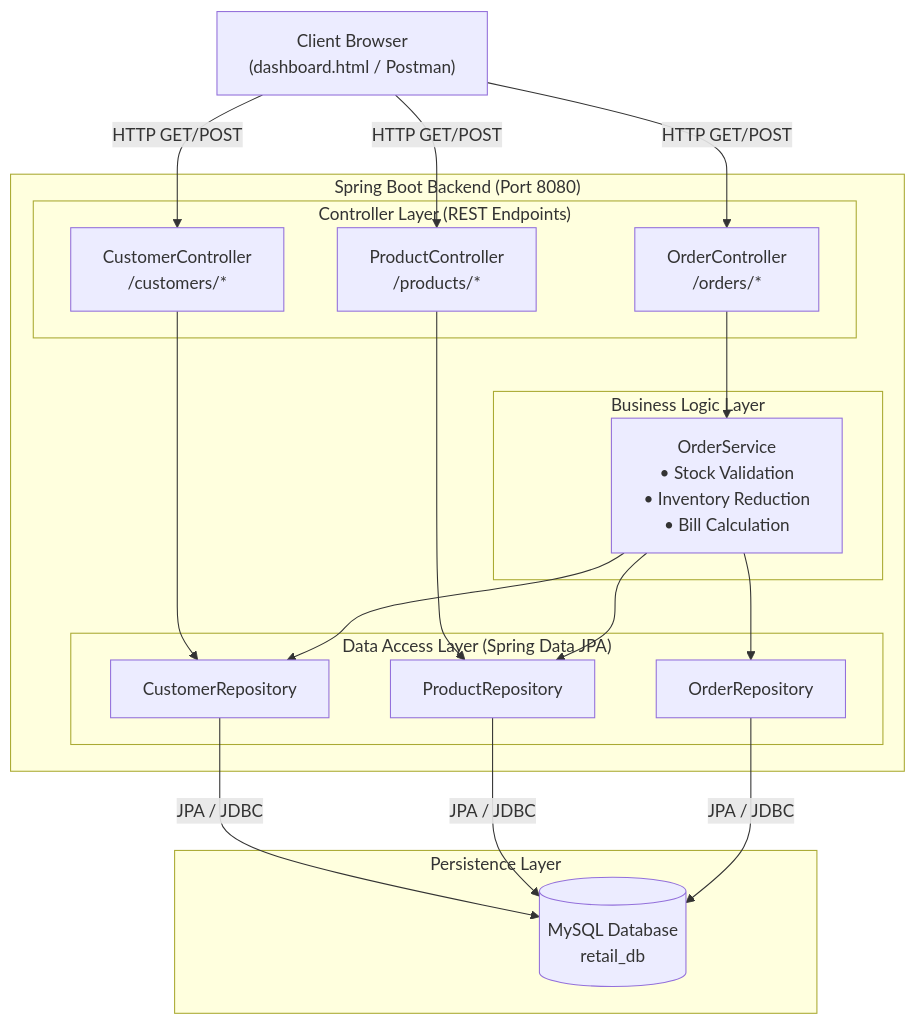
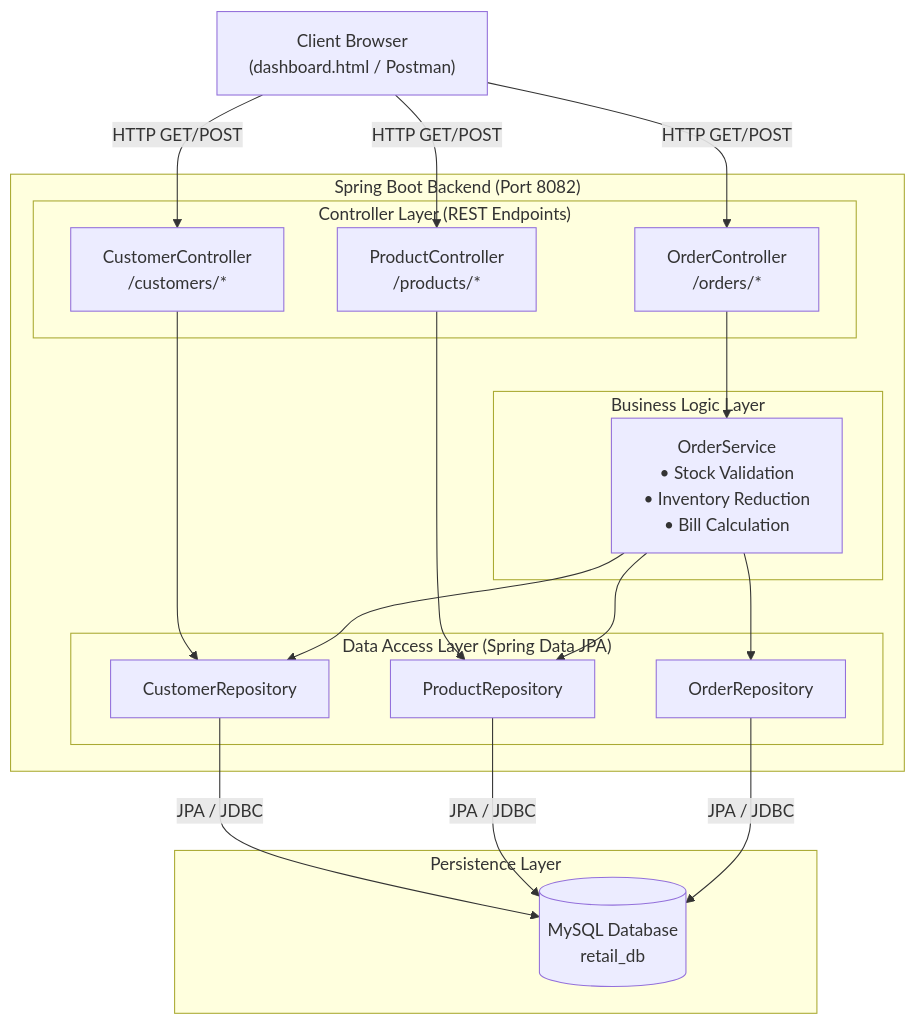
One commit to Hiral8Patel/Retail-Store-Management-System changed the first of 3 diagrams in README.md. Above: the diagram before and after it, drawn with Mermaid. The commit also changed other lines of this file, not shown here.

````diff
--- a/README.md
+++ b/README.md
@@ -158,42 +158,42 @@
 ```mermaid
 graph TD
     Client["Client Browser<br/>(dashboard.html / Postman)"]
     
-    subgraph Spring_Boot_Backend ["Spring Boot Backend (Port 8080)"]
+    subgraph Spring_Boot_Backend ["Spring Boot Backend (Port 8082)"]
         subgraph Controller_Layer ["Controller Layer (REST Endpoints)"]
             CC["CustomerController<br/>/customers/*"]
             PC["ProductController<br/>/products/*"]
             OC["OrderController<br/>/orders/*"]
         end
         
         subgraph Service_Layer ["Business Logic Layer"]
             OS["OrderService<br/>• Stock Validation<br/>• Inventory Reduction<br/>• Bill Calculation"]
         end
         
         subgraph Repository_Layer ["Data Access Layer (Spring Data JPA)"]
             CR["CustomerRepository"]
             PR["ProductRepository"]
             OR["OrderRepository"]
         end
     end
     
     subgraph Database_Layer ["Persistence Layer"]
         DB[("MySQL Database<br/>retail_db")]
     end
     
     Client -->|HTTP GET/POST| CC
     Client -->|HTTP GET/POST| PC
     Client -->|HTTP GET/POST| OC
     
     CC --> CR
     PC --> PR
     OC --> OS
     
     OS --> CR
     OS --> PR
     OS --> OR
     
     CR -->|JPA / JDBC| DB
     PR -->|JPA / JDBC| DB
     OR -->|JPA / JDBC| DB
 ```
````
